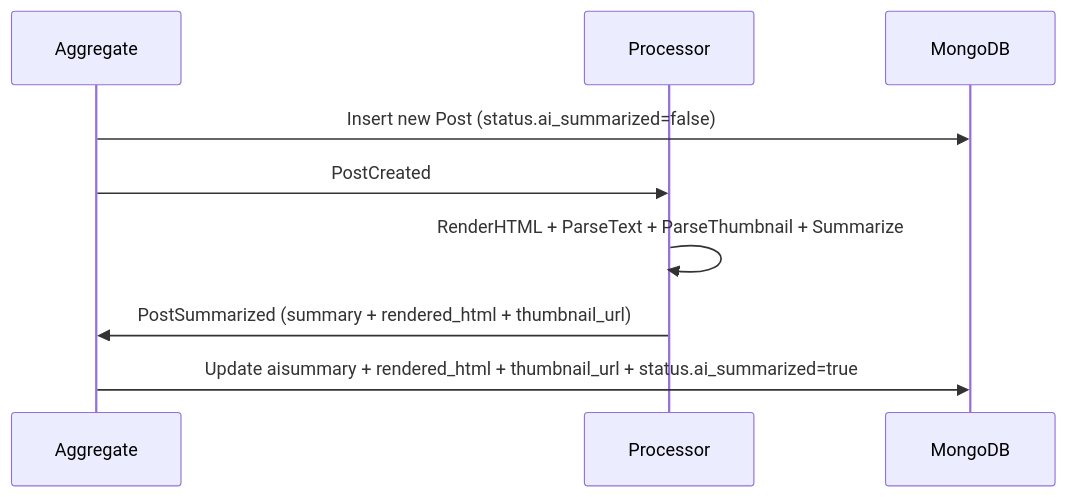
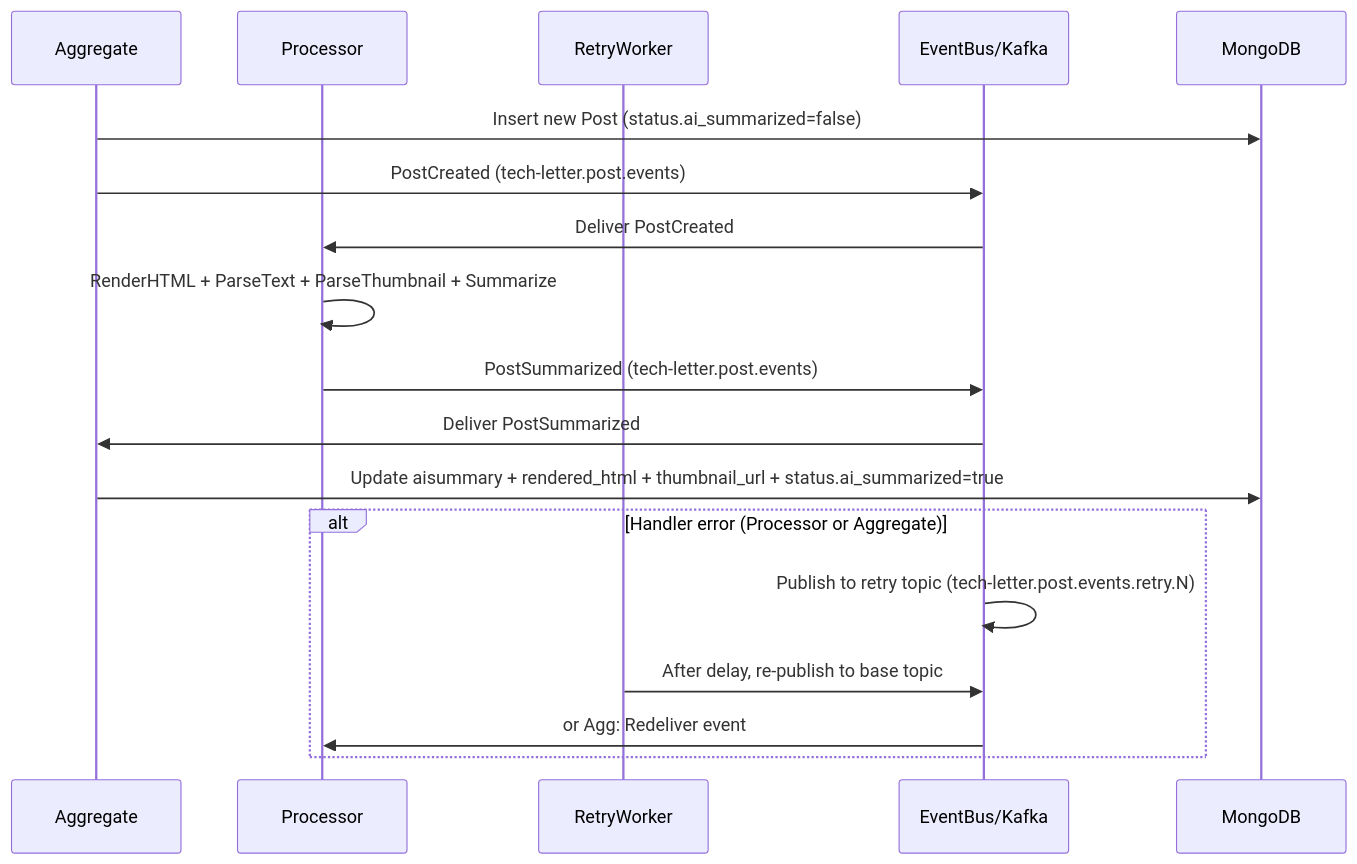
The second of 2 diagrams in README.md (TechLetter/tech-letter), drawn with Mermaid before and after one commit. The commit also changed other lines of this file, not shown here.

````diff
--- a/README.md
+++ b/README.md
@@ -47,12 +78,22 @@
 ```mermaid
 sequenceDiagram
     participant Agg as Aggregate
     participant Proc as Processor
+    participant RW as RetryWorker
+    participant EB as EventBus/Kafka
     participant DB as MongoDB
 
     Agg->>DB: Insert new Post (status.ai_summarized=false)
-    Agg->>Proc: PostCreated
+    Agg->>EB: PostCreated (tech-letter.post.events)
+    EB->>Proc: Deliver PostCreated
     Proc->>Proc: RenderHTML + ParseText + ParseThumbnail + Summarize
-    Proc->>Agg: PostSummarized (summary + rendered_html + thumbnail_url)
+    Proc->>EB: PostSummarized (tech-letter.post.events)
+    EB->>Agg: Deliver PostSummarized
     Agg->>DB: Update aisummary + rendered_html + thumbnail_url + status.ai_summarized=true
+
+    alt Handler error (Processor or Aggregate)
+        EB->>EB: Publish to retry topic (tech-letter.post.events.retry.N)
+        RW->>EB: After delay, re-publish to base topic
+        EB->>Proc: or Agg: Redeliver event
+    end
 ```
````
